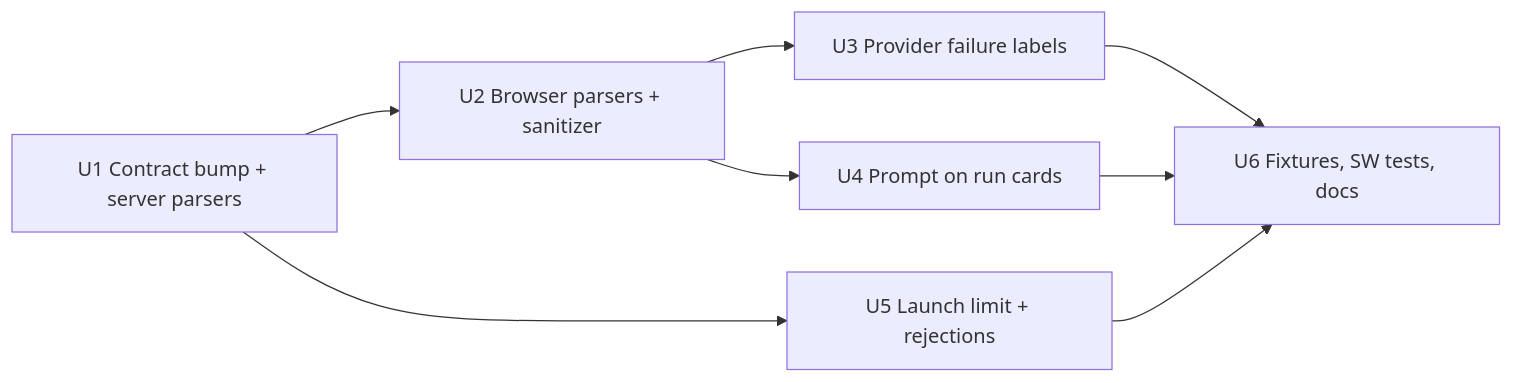
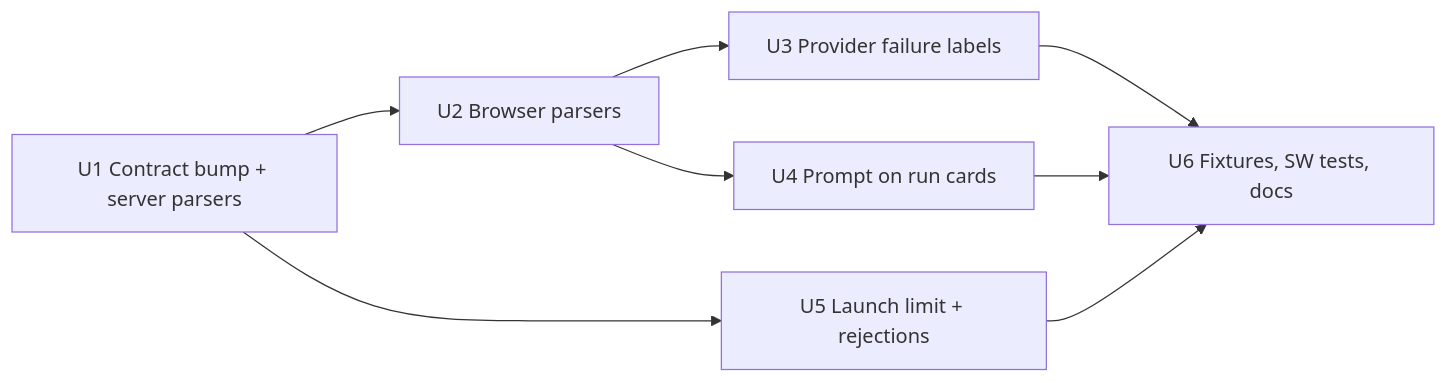
One commit to fro-bot/dashboard changed the diagram in docs/plans/2026-10-18-001-feat-operator-contract-1-12-0-plan.md. Above: the diagram before and after it, drawn with Mermaid. The commit also changed other lines of this file, not shown here.

````diff
--- a/docs/plans/2026-10-18-001-feat-operator-contract-1-12-0-plan.md
+++ b/docs/plans/2026-10-18-001-feat-operator-contract-1-12-0-plan.md
@@ -209,10 +209,10 @@
 ```mermaid
 flowchart LR
-  U1[U1 Contract bump + server parsers] --> U2[U2 Browser parsers + sanitizer]
+  U1[U1 Contract bump + server parsers] --> U2[U2 Browser parsers]
   U2 --> U3[U3 Provider failure labels]
   U2 --> U4[U4 Prompt on run cards]
   U1 --> U5[U5 Launch limit + rejections]
   U3 --> U6[U6 Fixtures, SW tests, docs]
   U4 --> U6
   U5 --> U6
 ```
````
